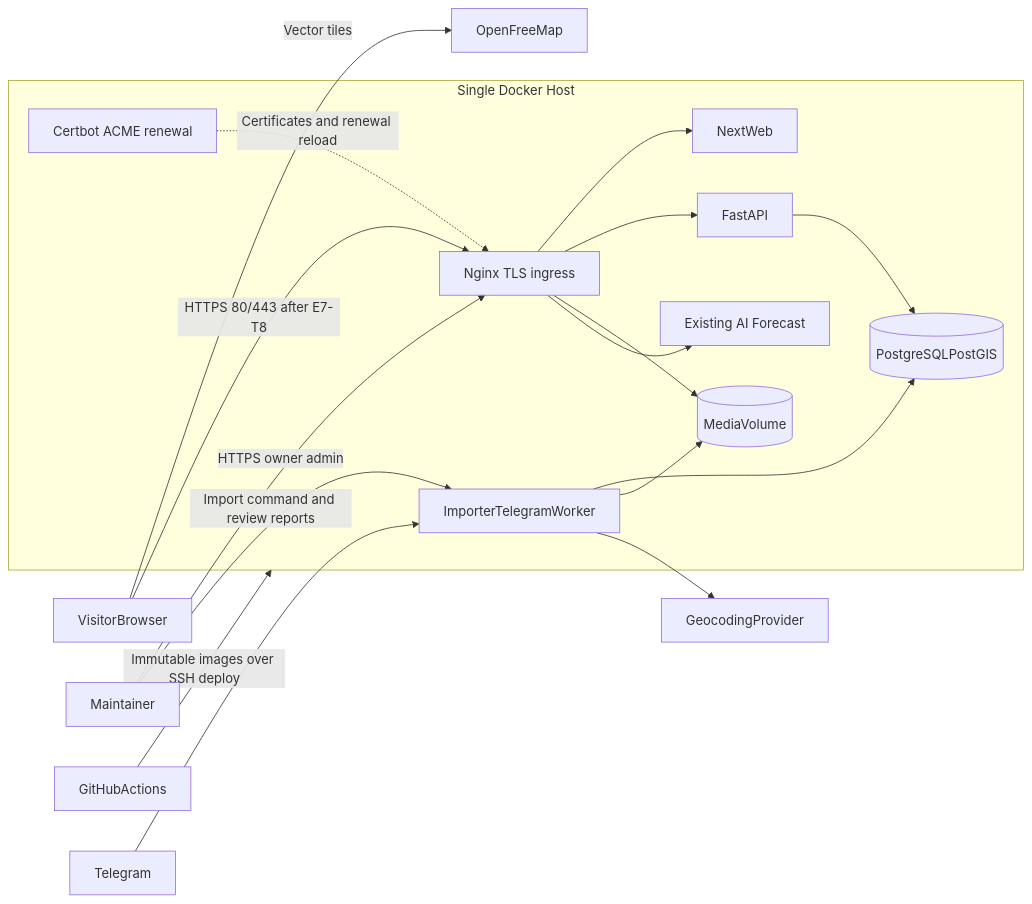
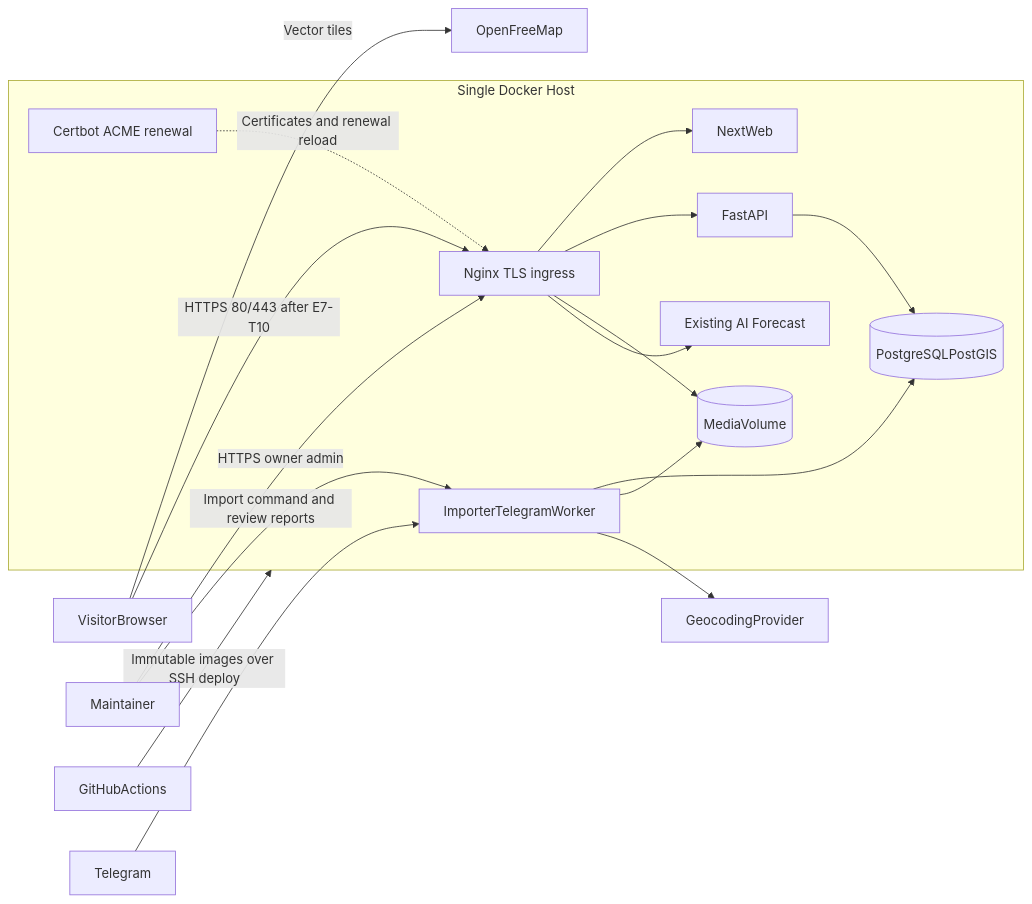
One commit to Flippylolz/WEF changed the first of 2 diagrams in AI/architecture/SYSTEM.md. Above: the diagram before and after it, drawn with Mermaid. The commit also changed other lines of this file and 23 other files, not shown here.

````diff
--- a/AI/architecture/SYSTEM.md
+++ b/AI/architecture/SYSTEM.md
@@ -15,36 +15,36 @@
 ```mermaid
 flowchart LR
     visitor[VisitorBrowser]
     maintainer[Maintainer]
     github[GitHubActions]
     telegram[Telegram]
     geocoder[GeocodingProvider]
     tiles[OpenFreeMap]
 
     subgraph server [Single Docker Host]
         nginx[Nginx TLS ingress]
         certbot[Certbot ACME renewal]
         web[NextWeb]
         api[FastAPI]
         worker[ImporterTelegramWorker]
         db[(PostgreSQLPostGIS)]
         media[(MediaVolume)]
         forecast[Existing AI Forecast]
     end
 
-    visitor -->|"HTTPS 80/443 after E7-T8"| nginx
+    visitor -->|"HTTPS 80/443 after E7-T10"| nginx
     visitor -->|"Vector tiles"| tiles
     nginx --> web
     nginx --> api
     nginx --> media
     nginx --> forecast
     certbot -.->|"Certificates and renewal reload"| nginx
     api --> db
     worker --> db
     worker --> media
     worker --> geocoder
     telegram --> worker
     maintainer -->|"HTTPS owner admin"| nginx
     maintainer -->|"Import command and review reports"| worker
     github -->|"Immutable images over SSH deploy"| server
 ```
````
